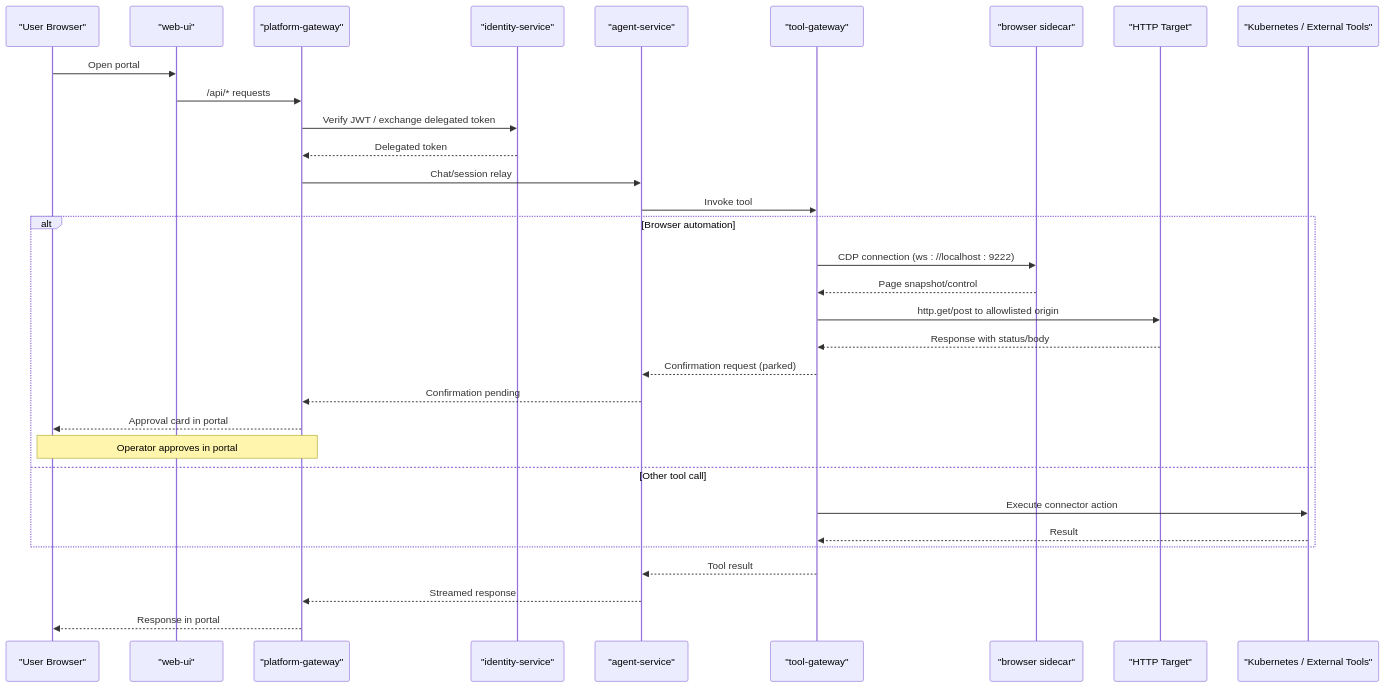
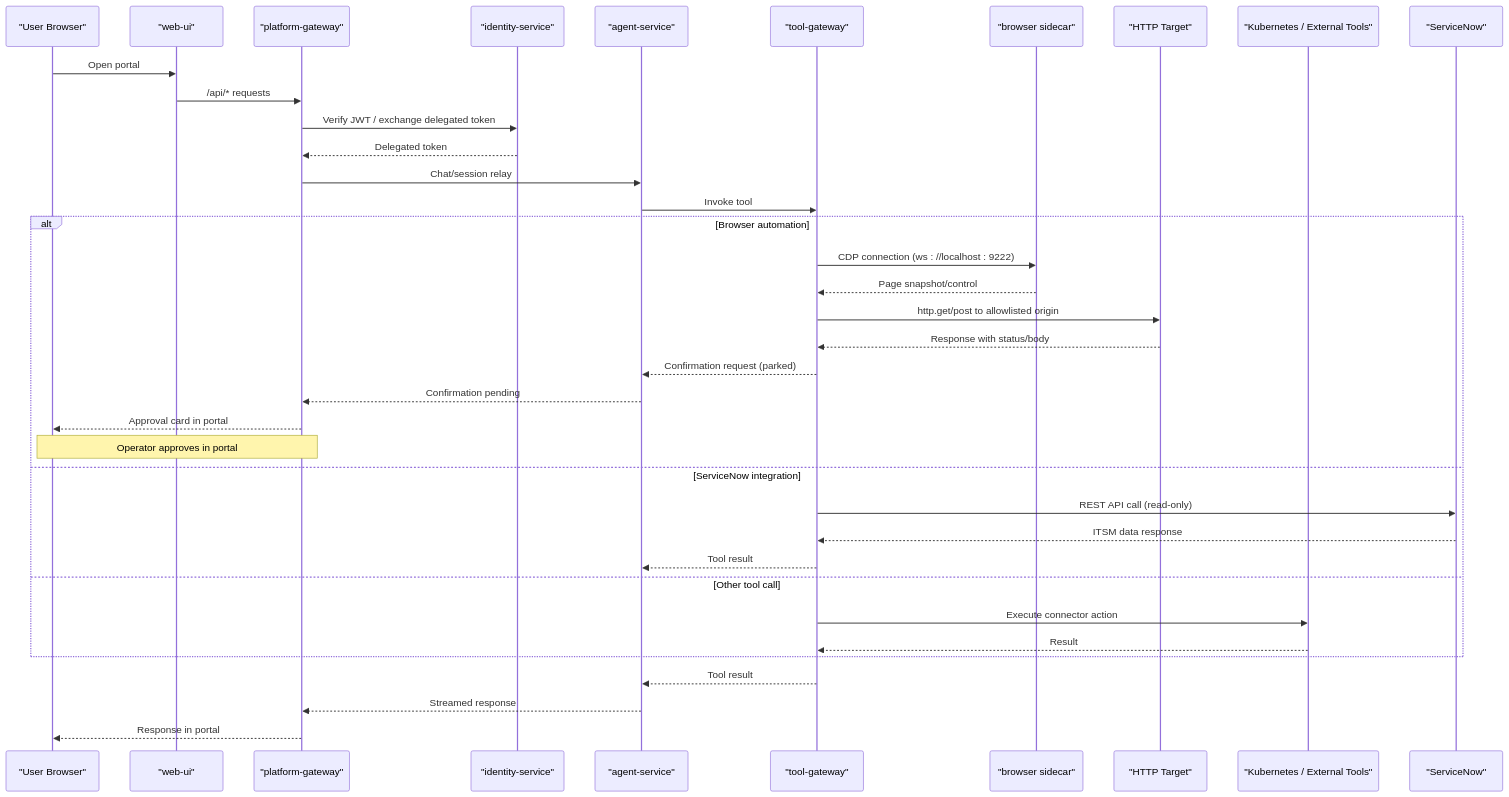
Before and after one commit to metasync/luban-aiops: the second of 3 diagrams in .qoder/repowiki/en/content/Getting Started.md, drawn with Mermaid. The commit also changed other lines of this file and 7 other files, not shown here.

Commit message:
docs: index the ServiceNow live-integration guide in the repowiki cache

````diff
--- a/.qoder/repowiki/en/content/Getting Started.md
+++ b/.qoder/repowiki/en/content/Getting Started.md
@@ -147,34 +154,39 @@
 ```mermaid
 sequenceDiagram
 participant U as "User Browser"
 participant W as "web-ui"
 participant G as "platform-gateway"
 participant I as "identity-service"
 participant A as "agent-service"
 participant T as "tool-gateway"
 participant B as "browser sidecar"
 participant H as "HTTP Target"
 participant K as "Kubernetes / External Tools"
+participant S as "ServiceNow"
 U->>W : Open portal
 W->>G : /api/* requests
 G->>I : Verify JWT / exchange delegated token
 I-->>G : Delegated token
 G->>A : Chat/session relay
 A->>T : Invoke tool
 alt Browser automation
 T->>B : CDP connection (ws : //localhost : 9222)
 B-->>T : Page snapshot/control
 T->>H : http.get/post to allowlisted origin
 H-->>T : Response with status/body
 T-->>A : Confirmation request (parked)
 A-->>G : Confirmation pending
 G-->>U : Approval card in portal
 Note over U,G : Operator approves in portal
+else ServiceNow integration
+T->>S : REST API call (read-only)
+S-->>T : ITSM data response
+T-->>A : Tool result
 else Other tool call
 T->>K : Execute connector action
 K-->>T : Result
 end
 T-->>A : Tool result
 A-->>G : Streamed response
 G-->>U : Response in portal
 ```
````
